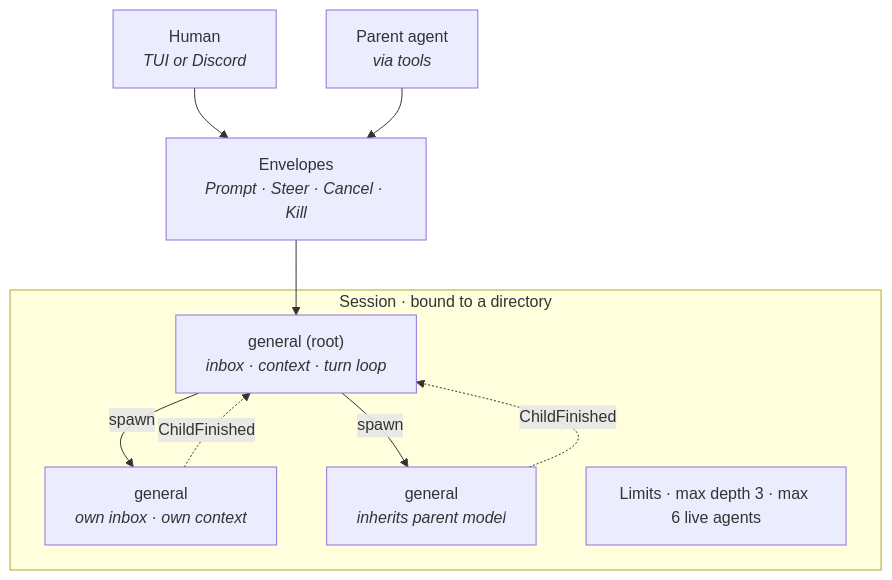
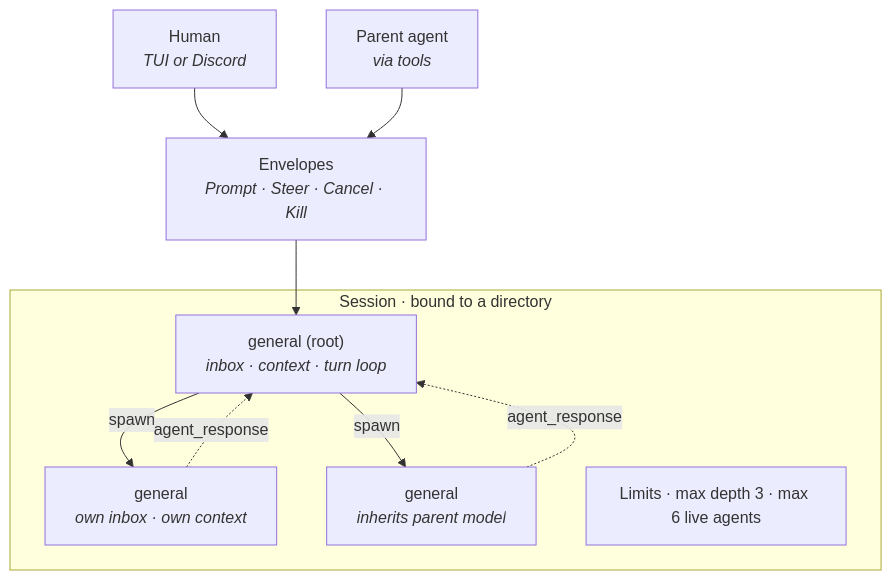
Before and after one commit to nicodes/stavlos: the second of 4 diagrams in docs/stavlos-prd.md, drawn with Mermaid. The commit also changed other lines of this file and 17 other files, not shown here.

First line of the commit message:
agents: agent_response replaces agent_finish and agent_result

````diff
--- a/docs/stavlos-prd.md
+++ b/docs/stavlos-prd.md
@@ -140,22 +140,22 @@
 ```mermaid
 flowchart TD
     HUMAN["Human<br/><i>TUI or Discord</i>"]
     PARENT["Parent agent<br/><i>via tools</i>"]
     ENV["Envelopes<br/><i>Prompt · Steer · Cancel · Kill</i>"]
 
     HUMAN --> ENV
     PARENT --> ENV
     ENV --> ROOT
 
     subgraph SESSION["Session · bound to a directory"]
         ROOT["general (root)<br/><i>inbox · context · turn loop</i>"]
         EXPL["general<br/><i>own inbox · own context</i>"]
         TEST["general<br/><i>inherits parent model</i>"]
         LIMITS["Limits · max depth 3 · max 6 live agents"]
 
         ROOT -- spawn --> EXPL
         ROOT -- spawn --> TEST
-        EXPL -. ChildFinished .-> ROOT
-        TEST -. ChildFinished .-> ROOT
+        EXPL -. agent_response .-> ROOT
+        TEST -. agent_response .-> ROOT
     end
 ```
````
